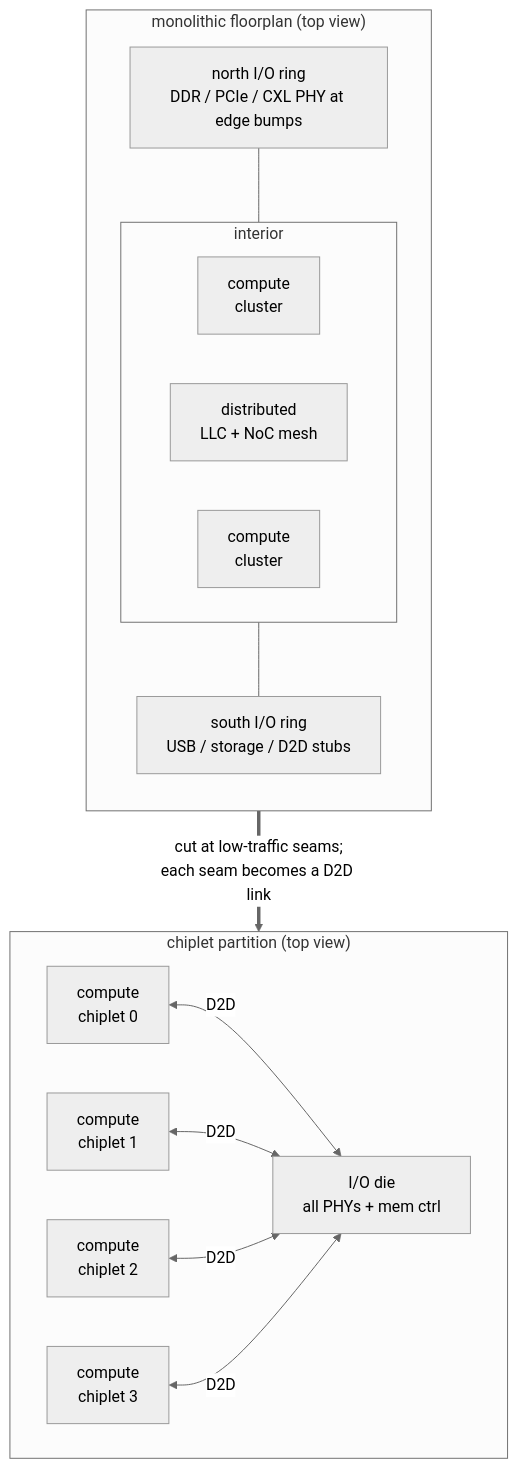
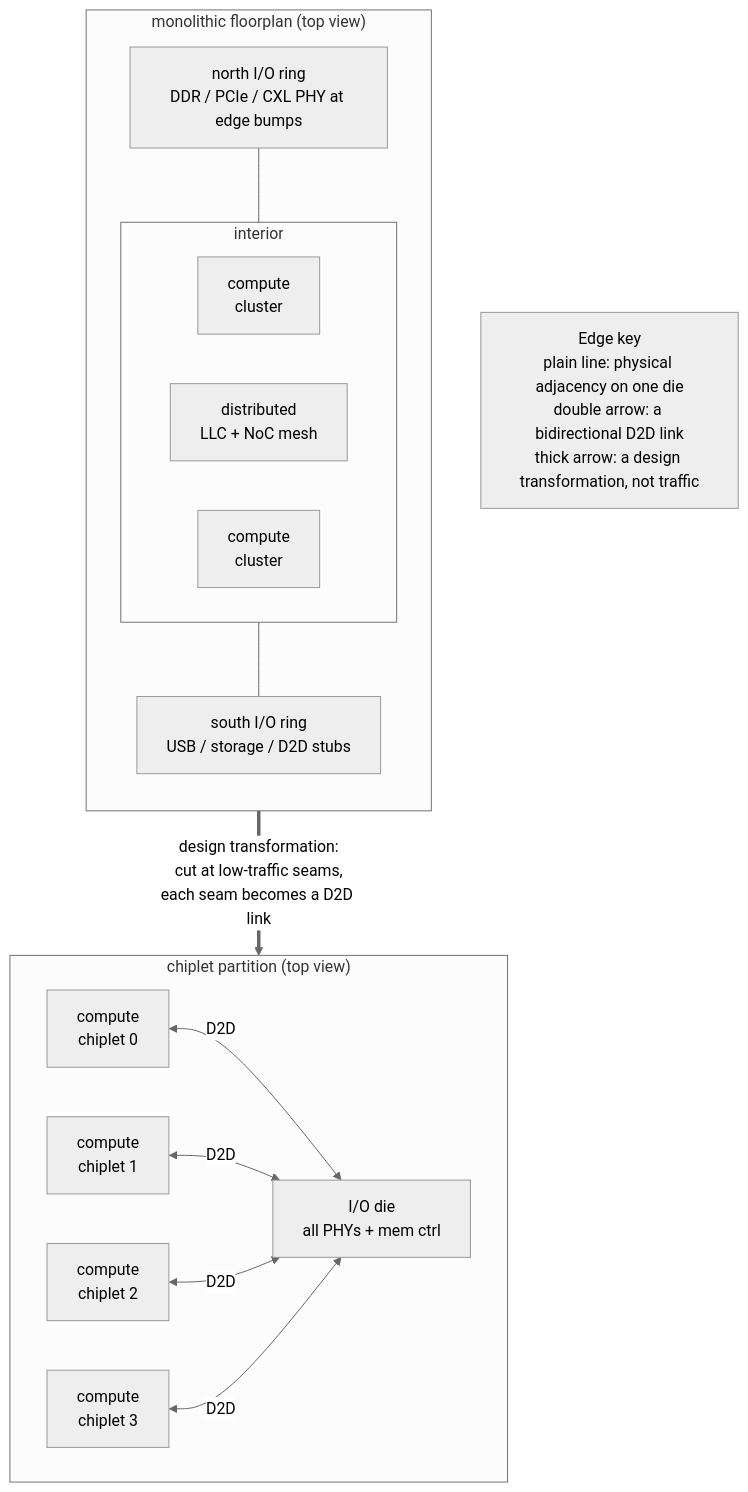
The second of 9 diagrams in 01_Architecture_and_PPA/04_SoC_and_Chiplet_Architecture/00_Design_Methodology/02_SoC_Chiplet_PPA_and_Physical_Implementation.md (Wty2003328/silicon-design-notebook), drawn with Mermaid (neutral theme) before and after one commit. The commit also changed other lines of this file and 125 other files, not shown here.

First line of the commit message:
Complete the AMBA family, refresh the learning path, and make every figure and formula actually render

````diff
--- a/01_Architecture_and_PPA/04_SoC_and_Chiplet_Architecture/00_Design_Methodology/02_SoC_Chiplet_PPA_and_Physical_Implementation.md
+++ b/01_Architecture_and_PPA/04_SoC_and_Chiplet_Architecture/00_Design_Methodology/02_SoC_Chiplet_PPA_and_Physical_Implementation.md
@@ -159,29 +159,30 @@
 ```mermaid
 flowchart TB
   subgraph MONO["monolithic floorplan (top view)"]
     direction TB
     N0["north I/O ring<br/>DDR / PCIe / CXL PHY at edge bumps"]
     subgraph CORE0["interior"]
       direction LR
       A0["compute<br/>cluster"]
       LLC0["distributed<br/>LLC + NoC mesh"]
       A1["compute<br/>cluster"]
     end
     S0["south I/O ring<br/>USB / storage / D2D stubs"]
     N0 --- CORE0
     CORE0 --- S0
   end
   subgraph PART["chiplet partition (top view)"]
     direction LR
     C0["compute<br/>chiplet 0"]
     C1["compute<br/>chiplet 1"]
     IO["I/O die<br/>all PHYs + mem ctrl"]
     C2["compute<br/>chiplet 2"]
     C3["compute<br/>chiplet 3"]
     C0 <-->|"D2D"| IO
     C1 <-->|"D2D"| IO
     C2 <-->|"D2D"| IO
     C3 <-->|"D2D"| IO
   end
-  MONO ==>|"cut at low-traffic seams;<br/>each seam becomes a D2D link"| PART
+  MONO ==>|"design transformation:<br/>cut at low-traffic seams,<br/>each seam becomes a D2D link"| PART
+  KEY["Edge key<br/>plain line: physical adjacency on one die<br/>double arrow: a bidirectional D2D link<br/>thick arrow: a design transformation, not traffic"]
 ```
````
